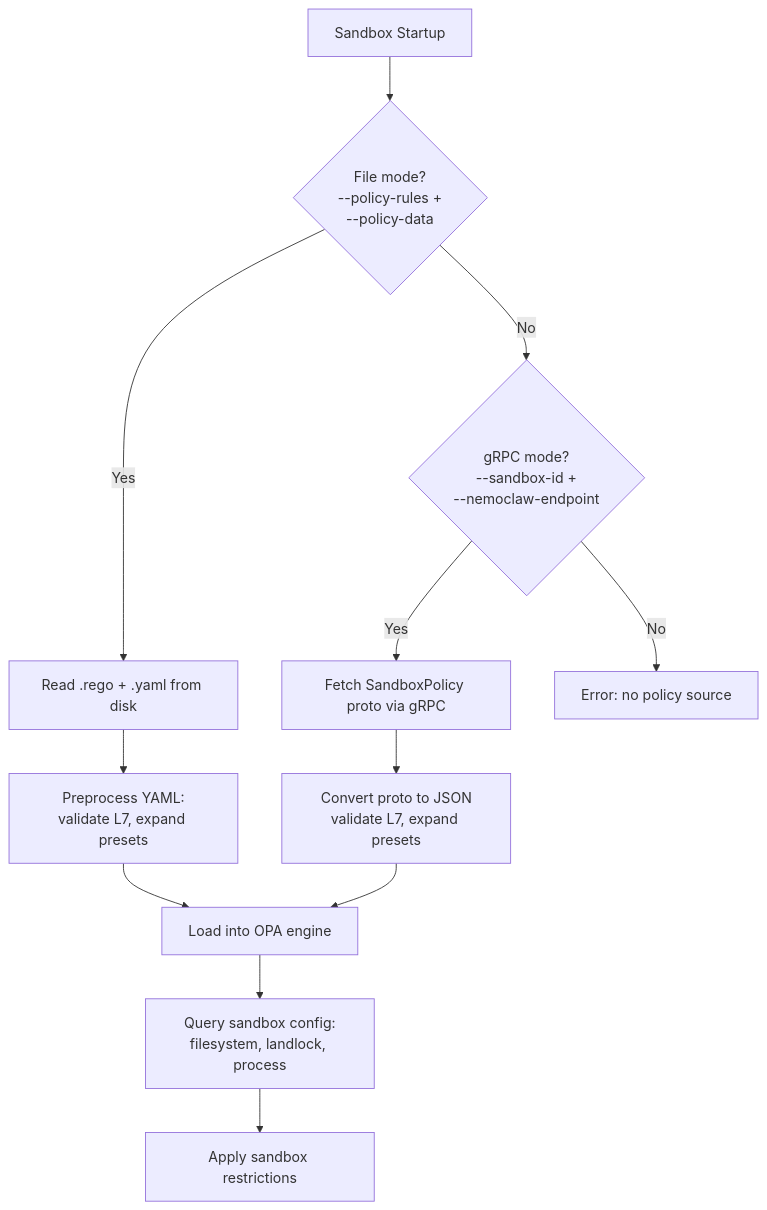
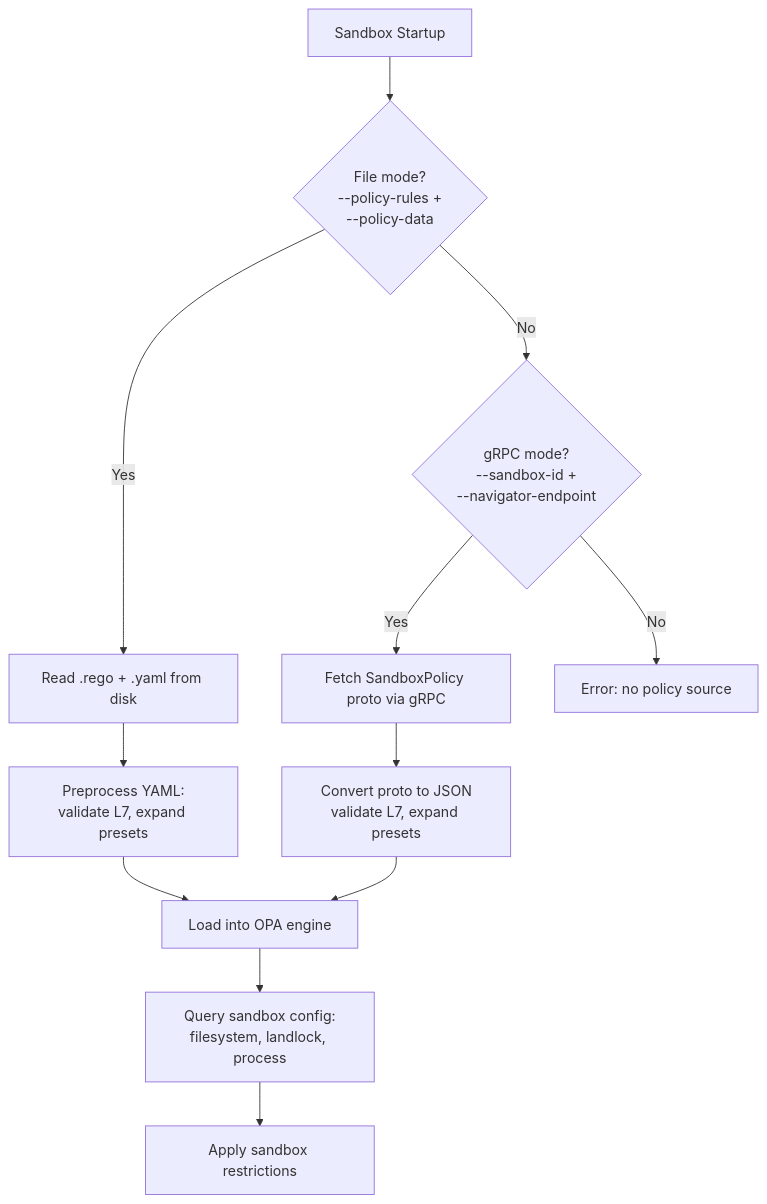
One commit to NVIDIA/OpenShell changed the first of 5 diagrams in architecture/security-policy.md. Above: the diagram before and after it, drawn with Mermaid. The commit also changed other lines of this file and 50 other files, not shown here.

````diff
--- a/architecture/security-policy.md
+++ b/architecture/security-policy.md
@@ -52,17 +52,17 @@
 ```mermaid
 flowchart TD
     START[Sandbox Startup] --> CHECK{File mode?<br/>--policy-rules +<br/>--policy-data}
     CHECK -->|Yes| FILE[Read .rego + .yaml from disk]
-    CHECK -->|No| NEMOCLAW{gRPC mode?<br/>--sandbox-id +<br/>--nemoclaw-endpoint}
+    CHECK -->|No| NEMOCLAW{gRPC mode?<br/>--sandbox-id +<br/>--navigator-endpoint}
     NEMOCLAW -->|Yes| FETCH[Fetch SandboxPolicy proto via gRPC]
     NEMOCLAW -->|No| ERR[Error: no policy source]
 
     FILE --> PREPROCESS[Preprocess YAML:<br/>validate L7, expand presets]
     FETCH --> PROTO2JSON[Convert proto to JSON<br/>validate L7, expand presets]
 
     PREPROCESS --> OPA[Load into OPA engine]
     PROTO2JSON --> OPA
 
     OPA --> QUERY[Query sandbox config:<br/>filesystem, landlock, process]
     QUERY --> APPLY[Apply sandbox restrictions]
 ```
````
